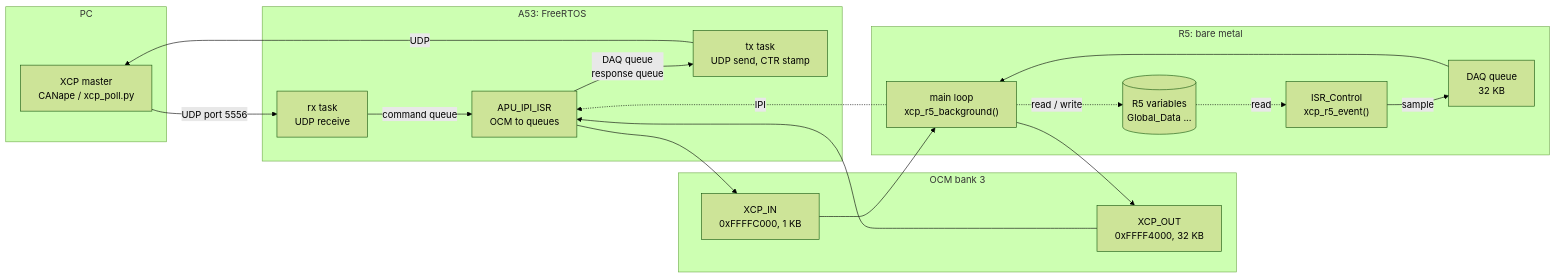
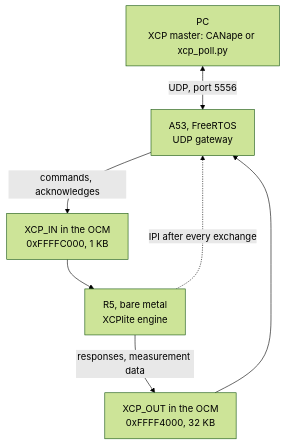
Before and after one commit to ultrazohm/ultrazohm_sw: the first of 5 diagrams in docs/source/guide/XCP/XCP_architecture.rst, drawn with Mermaid (forest theme). The commit also changed other lines of this file and 3 other files, not shown here.

First line of the commit message:
docs: XCP pages corrected against the code, diagrams made legible

```diff
--- a/docs/source/guide/XCP/XCP_architecture.rst
+++ b/docs/source/guide/XCP/XCP_architecture.rst
@@ -19,36 +19,16 @@
 .. mermaid::
     :align: center
     :caption: XCP data path of the UltraZohm
 
-    flowchart LR
-      subgraph PC["PC"]
-        master["XCP master<br>CANape / xcp_poll.py"]
-      end
-      subgraph A53["A53: FreeRTOS"]
-        rx["rx task<br>UDP receive"]
-        tx["tx task<br>UDP send, CTR stamp"]
-        ipi["APU_IPI_ISR<br>OCM to queues"]
-        rx -- "command queue" --> ipi
-        ipi -- "DAQ queue<br>response queue" --> tx
-      end
-      subgraph OCM["OCM bank 3"]
-        xin["XCP_IN<br>0xFFFFC000, 1 KB"]
-        xout["XCP_OUT<br>0xFFFF4000, 32 KB"]
-      end
-      subgraph R5["R5: bare metal"]
-        sweep["main loop<br>xcp_r5_background()"]
-        isr["ISR_Control<br>xcp_r5_event()"]
-        q["DAQ queue<br>32 KB"]
-        vars[("R5 variables<br>Global_Data ...")]
-        isr -- "sample" --> q
-        q --> sweep
-        vars -. "read" .-> isr
-        sweep -. "read / write" .-> vars
-      end
-      master -- "UDP port 5556" --> rx
-      tx -- "UDP" --> master
-      ipi --> xin
-      xin --> sweep
-      sweep --> xout
-      xout --> ipi
-      sweep -. "IPI" .-> ipi
+    flowchart TB
+      pc["PC<br>XCP master: CANape or xcp_poll.py"]
+      a53["A53, FreeRTOS<br>UDP gateway"]
+      xin["XCP_IN in the OCM<br>0xFFFFC000, 1 KB"]
+      r5["R5, bare metal<br>XCPlite engine"]
+      xout["XCP_OUT in the OCM<br>0xFFFF4000, 32 KB"]
+      pc <-- "UDP, port 5556" --> a53
+      a53 -- "commands, acknowledges" --> xin
+      xin --> r5
+      r5 -- "responses, measurement data" --> xout
+      xout --> a53
+      r5 -. "IPI after every exchange" .-> a53
```
